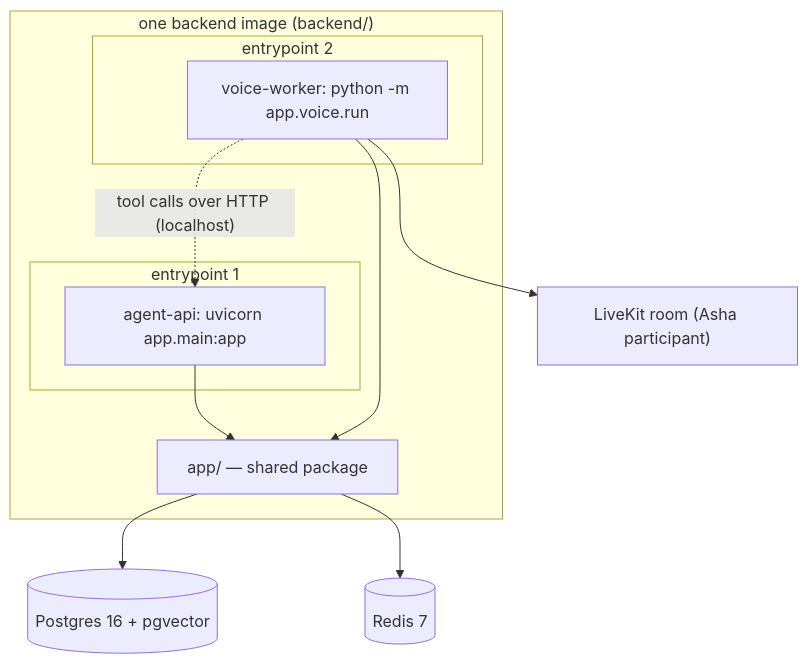
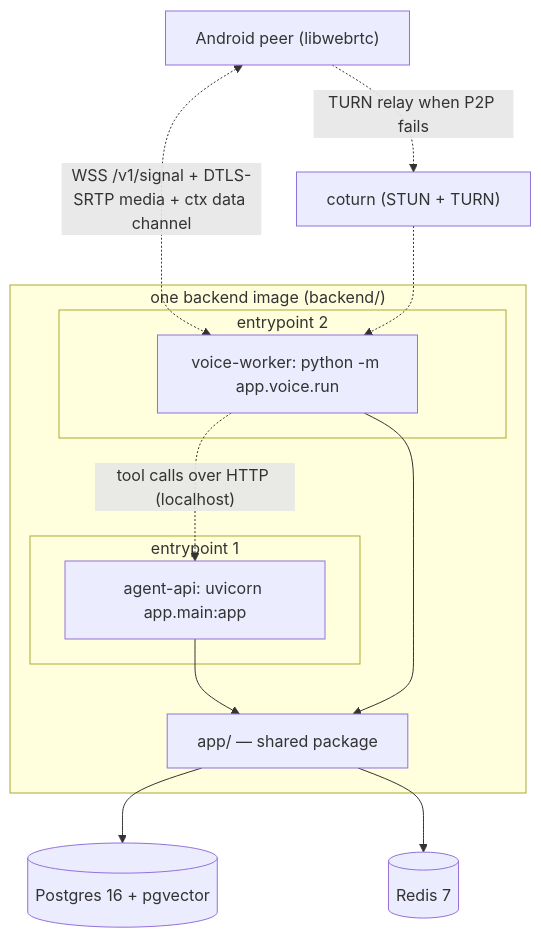
The diagram in docs/04-backend-architecture.md (bibekanandan892/vyaparpay-voice-agent), drawn with Mermaid before and after one commit. The commit also changed other lines of this file and 22 other files, not shown here.

First line of the commit message:
refactor(arch): replace LiveKit with raw WebRTC (libwebrtc + aiortc)

````diff
--- a/docs/04-backend-architecture.md
+++ b/docs/04-backend-architecture.md
@@ -13,18 +13,20 @@
 ```mermaid
 flowchart TB
     subgraph IMG["one backend image (backend/)"]
         APP["app/ — shared package"]
         subgraph E1["entrypoint 1"]
             API["agent-api: uvicorn app.main:app"]
         end
         subgraph E2["entrypoint 2"]
             W["voice-worker: python -m app.voice.run"]
         end
         API --> APP
         W --> APP
     end
     APP --> PG[("Postgres 16 + pgvector")]
     APP --> RD[("Redis 7")]
     W -. "tool calls over HTTP (localhost)" .-> API
-    W --> LK["LiveKit room (Asha participant)"]
+    AND["Android peer (libwebrtc)"] <-. "WSS /v1/signal + DTLS-SRTP media + ctx data channel" .-> W
+    AND -. "TURN relay when P2P fails" .-> CT["coturn (STUN + TURN)"]
+    CT -.-> W
 ```
````
